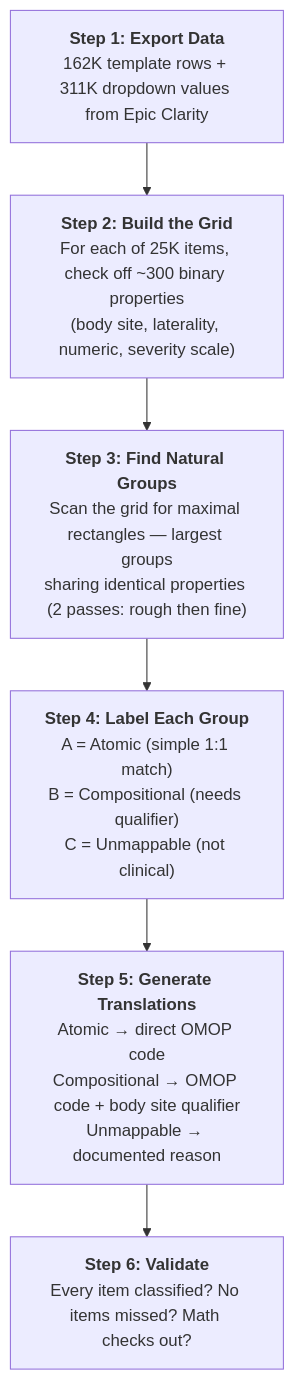
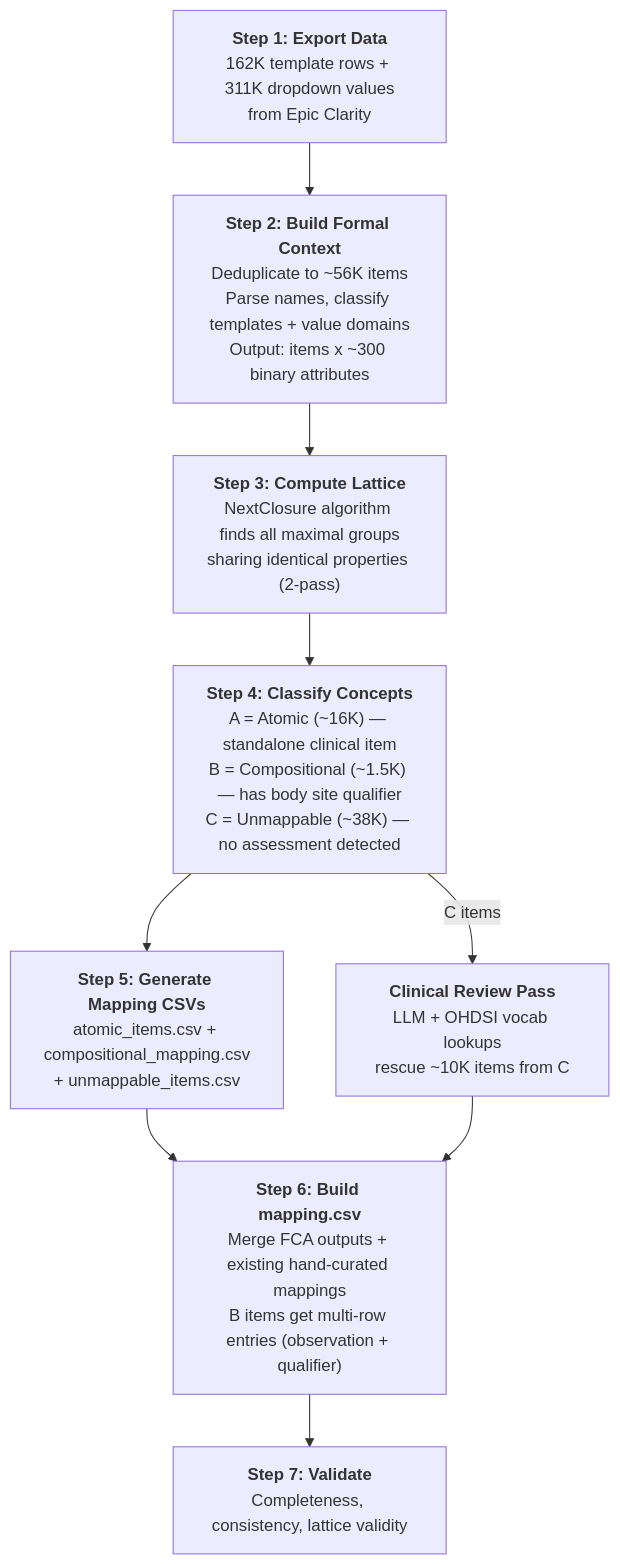
The diagram in EU2_Flowsheets/fca/diagrams/pipeline.mmd (Emory-OMOP/CVB), drawn with Mermaid before and after one commit. The commit also changed 4 other files, not shown here.

Commit message:
Rewrite FCA README with correct counts, add build_mapping_csv + clinical review

```diff
--- a/EU2_Flowsheets/fca/diagrams/pipeline.mmd
+++ b/EU2_Flowsheets/fca/diagrams/pipeline.mmd
@@ -1,7 +1,10 @@
 flowchart TD
-    A["<b>Step 1: Export Data</b><br/>162K template rows + 311K dropdown values from Epic Clarity"] --> B
-    B["<b>Step 2: Build the Grid</b><br/>For each of 25K items, check off ~300 binary properties<br/>(body site, laterality, numeric, severity scale)"] --> C
-    C["<b>Step 3: Find Natural Groups</b><br/>Scan the grid for maximal rectangles — largest groups<br/>sharing identical properties (2 passes: rough then fine)"] --> D
-    D["<b>Step 4: Label Each Group</b><br/>A = Atomic (simple 1:1 match)<br/>B = Compositional (needs qualifier)<br/>C = Unmappable (not clinical)"] --> E
-    E["<b>Step 5: Generate Translations</b><br/>Atomic → direct OMOP code<br/>Compositional → OMOP code + body site qualifier<br/>Unmappable → documented reason"] --> F
-    F["<b>Step 6: Validate</b><br/>Every item classified? No items missed? Math checks out?"]
+    A["<b>Step 1: Export Data</b><br/>162K template rows + 311K dropdown values<br/>from Epic Clarity"] --> B
+    B["<b>Step 2: Build Formal Context</b><br/>Deduplicate to ~56K items<br/>Parse names, classify templates + value domains<br/>Output: items x ~300 binary attributes"] --> C
+    C["<b>Step 3: Compute Lattice</b><br/>NextClosure algorithm finds all maximal groups<br/>sharing identical properties (2-pass)"] --> D
+    D["<b>Step 4: Classify Concepts</b><br/>A = Atomic (~16K) — standalone clinical item<br/>B = Compositional (~1.5K) — has body site qualifier<br/>C = Unmappable (~38K) — no assessment detected"] --> E
+    E["<b>Step 5: Generate Mapping CSVs</b><br/>atomic_items.csv + compositional_mapping.csv<br/>+ unmappable_items.csv"] --> F
+    F["<b>Step 6: Build mapping.csv</b><br/>Merge FCA outputs + existing hand-curated mappings<br/>B items get multi-row entries (observation + qualifier)"] --> G
+    G["<b>Step 7: Validate</b><br/>Completeness, consistency, lattice validity"]
+    D -- "C items" --> H["<b>Clinical Review Pass</b><br/>LLM + OHDSI vocab lookups<br/>rescue ~10K items from C"]
+    H --> F
```
